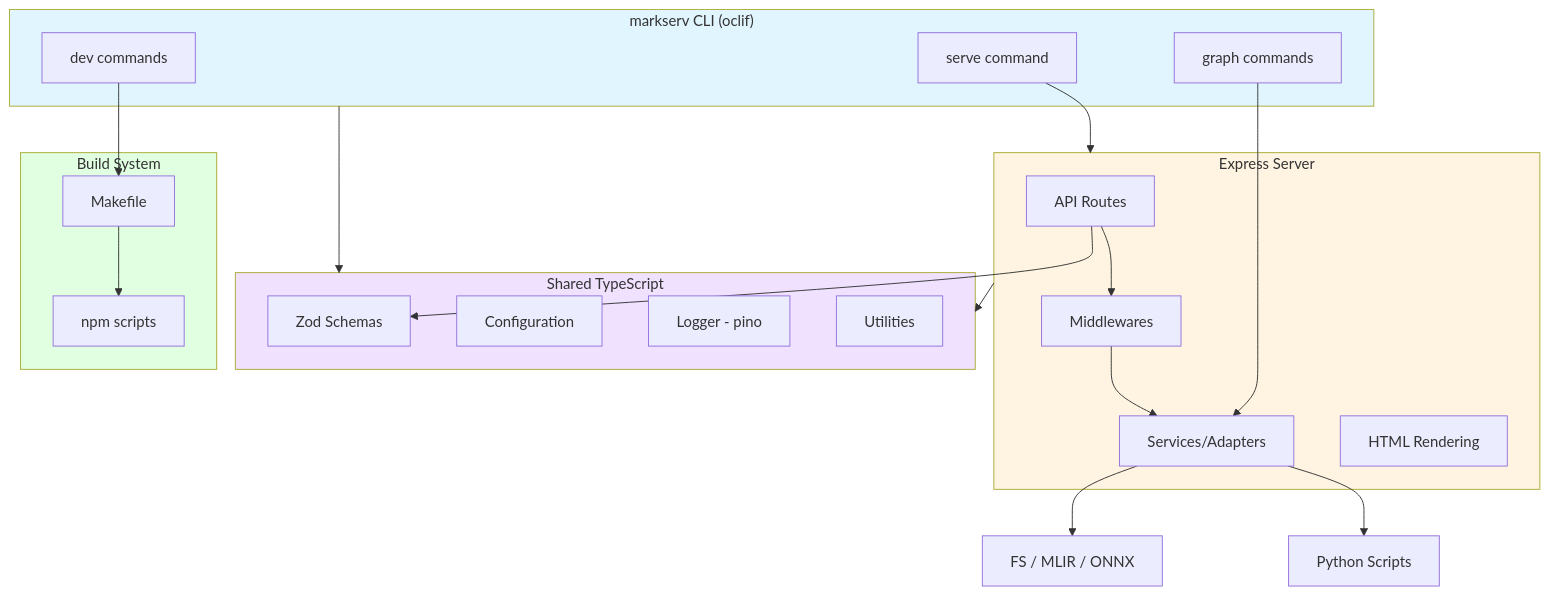
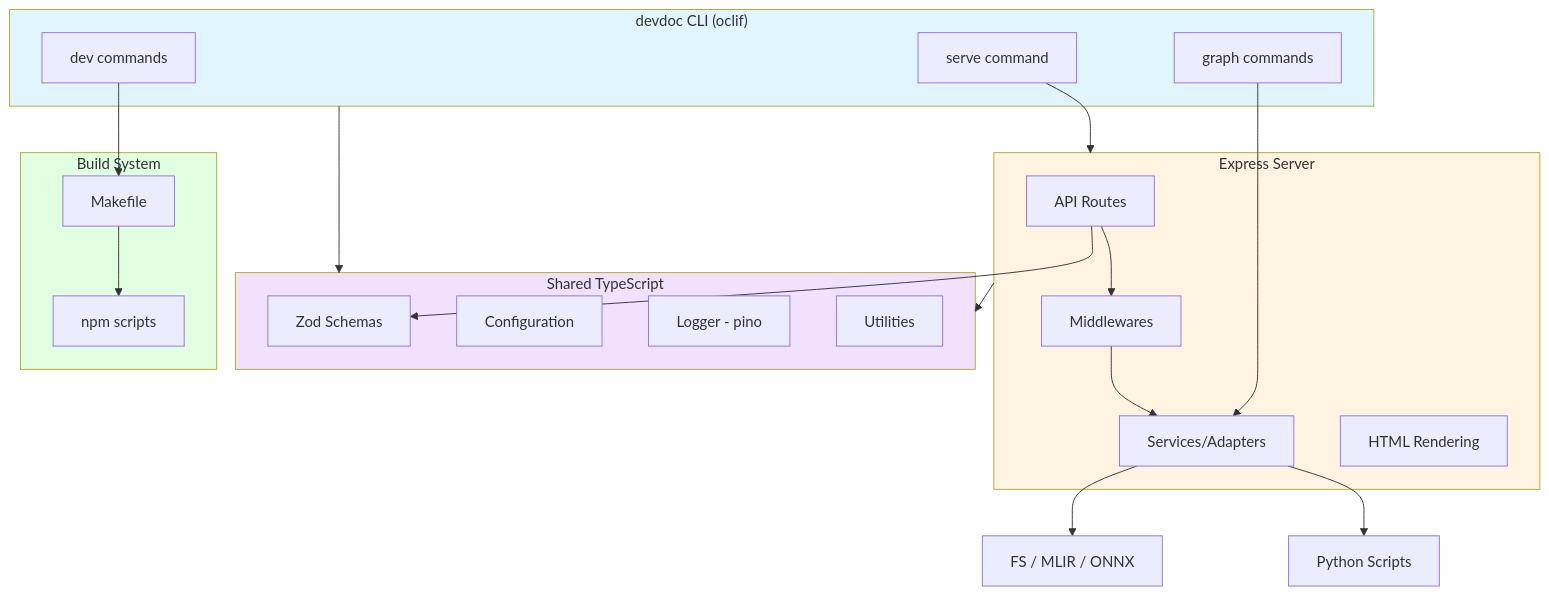
The first of 2 diagrams in devdocs/typescript-architecture.md (litanlitudan/devdoc), drawn with Mermaid before and after one commit. The commit also changed other lines of this file and 56 other files, not shown here.

First line of the commit message:
Rename project from markserv to devdoc

````diff
--- a/devdocs/typescript-architecture.md
+++ b/devdocs/typescript-architecture.md
@@ -70,45 +70,45 @@
 ```mermaid
 graph TD
-    subgraph CLI["markserv CLI (oclif)"]
+    subgraph CLI["devdoc CLI (oclif)"]
         CMDServe[serve command]
         CMDGraph[graph commands]
         CMDDev[dev commands]
     end
 
     subgraph Server["Express Server"]
         Routes[API Routes]
         Middlewares[Middlewares]
         Services[Services/Adapters]
         HTMLRender[HTML Rendering]
     end
 
     subgraph Shared["Shared TypeScript"]
         Schemas[Zod Schemas]
         Config[Configuration]
         Logger[Logger - pino]
         Utils[Utilities]
     end
 
     subgraph Build["Build System"]
         Make[Makefile]
         NPM[npm scripts]
     end
 
     CMDServe --> Server
     CMDGraph --> Services
     CMDDev --> Make
 
     Routes --> Middlewares --> Services
     Services --> DataSources[FS / MLIR / ONNX]
     Services --> PyScripts[Python Scripts]
 
     CLI --> Shared
     Server --> Shared
     Routes --> Schemas
     Make --> NPM
 
     style CLI fill:#e1f5ff
     style Server fill:#fff4e1
     style Shared fill:#f0e1ff
     style Build fill:#e1ffe1
 ```
````
